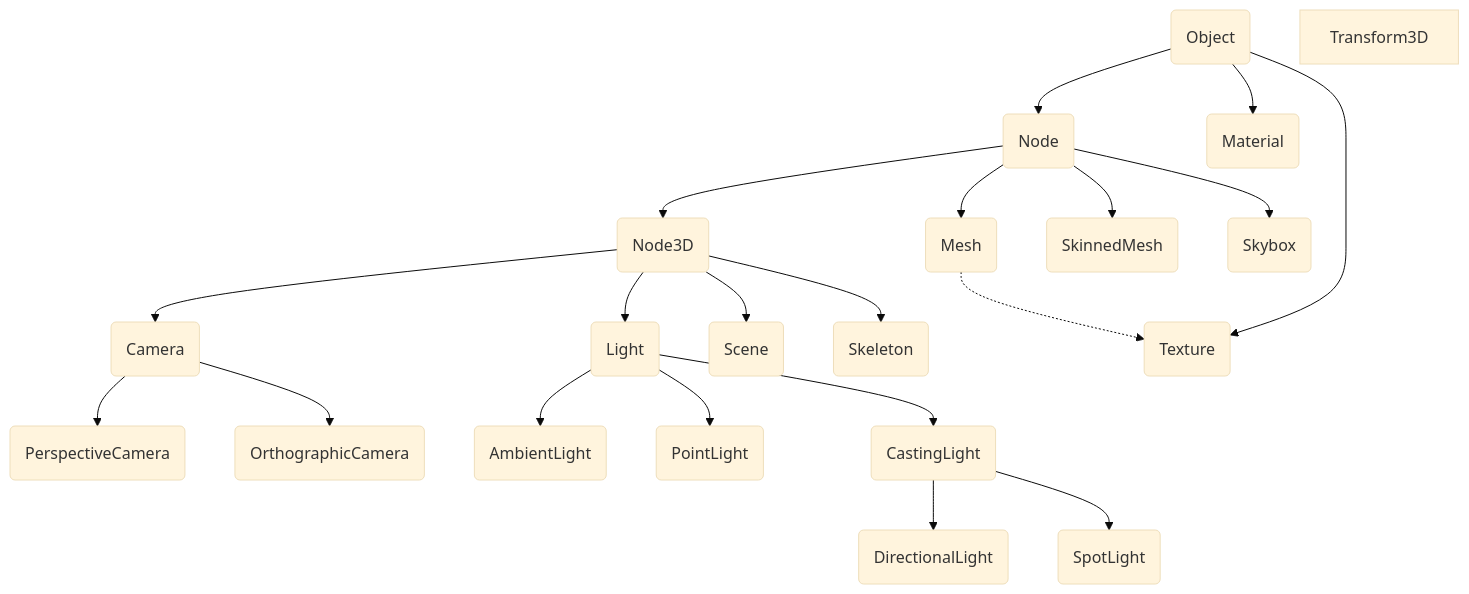
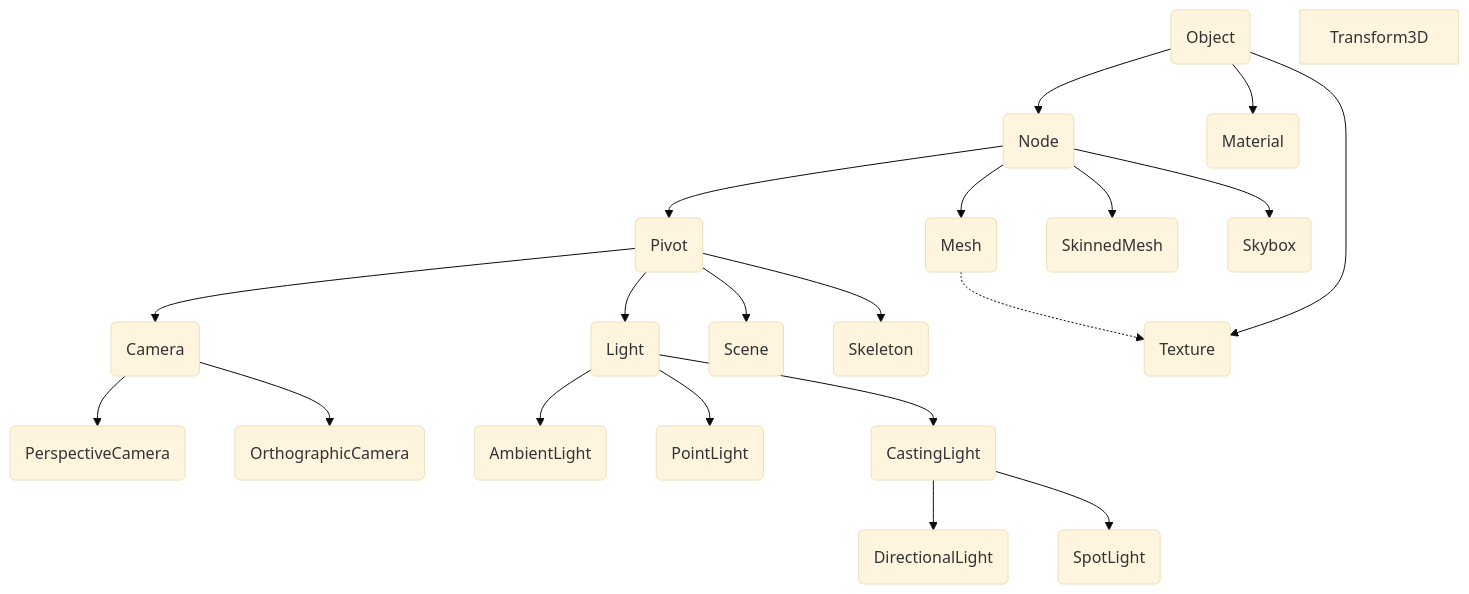
The diagram in docs/Excalidraw/class_hierarchy.md (LimpingPebble/StoneEngine), drawn with Mermaid (base theme) before and after one commit. The commit also changed 6 other files, not shown here.

Commit message:
Rename Node3D -> Pivot

````diff
--- a/docs/Excalidraw/class_hierarchy.md
+++ b/docs/Excalidraw/class_hierarchy.md
@@ -1,29 +1,29 @@
 ```mermaid
 flowchart TD
 
 O(Object)
 T3D[Transform3D]
 
 O --> N(Node)
-N --> N3D(Node3D)
-N3D --> Cam(Camera)
+N --> Pvt(Pivot)
+Pvt --> Cam(Camera)
 Cam --> CamP(PerspectiveCamera)
 Cam --> CamO(OrthographicCamera)
-N3D --> L(Light)
+Pvt --> L(Light)
 L --> LAmb(AmbientLight)
 L --> LPnt(PointLight)
 L --> LCst(CastingLight)
 LCst --> LDir(DirectionalLight)
 LCst --> LSpt(SpotLight)
-N3D --> Scn(Scene)
-N3D --> Skl(Skeleton)
+Pvt --> Scn(Scene)
+Pvt --> Skl(Skeleton)
 
 N --> Msh(Mesh)
 N --> Skm(SkinnedMesh)
 N --> Skb(Skybox)
 
 O --> Mat(Material)
 O --> Tex(Texture)
 
 Msh -.-> Tex
 ```
````
